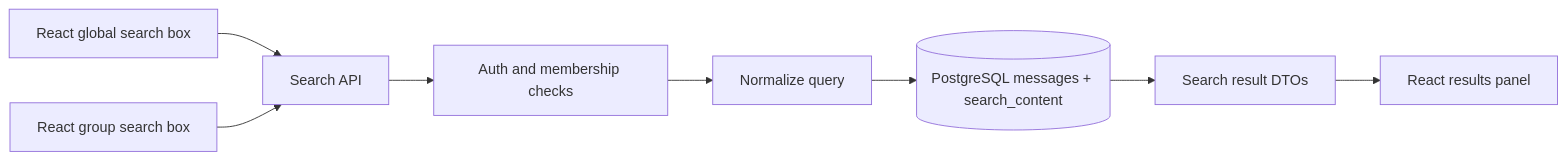
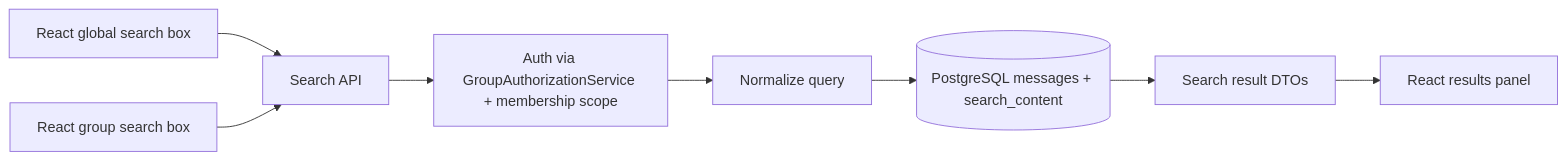
One commit to anhtuta/chat-app changed the first of 2 diagrams in docs/27_SEARCH_FEATURE.md. Above: the diagram before and after it, drawn with Mermaid. The commit also changed other lines of this file, not shown here.

````diff
--- a/docs/27_SEARCH_FEATURE.md
+++ b/docs/27_SEARCH_FEATURE.md
@@ -527,10 +574,10 @@
 ```mermaid
 flowchart LR
     A[React global search box] --> B[Search API]
     C[React group search box] --> B
-    B --> D[Auth and membership checks]
+    B --> D[Auth via GroupAuthorizationService + membership scope]
     D --> E[Normalize query]
     E --> F[(PostgreSQL messages + search_content)]
     F --> G[Search result DTOs]
     G --> H[React results panel]
 ```
````
